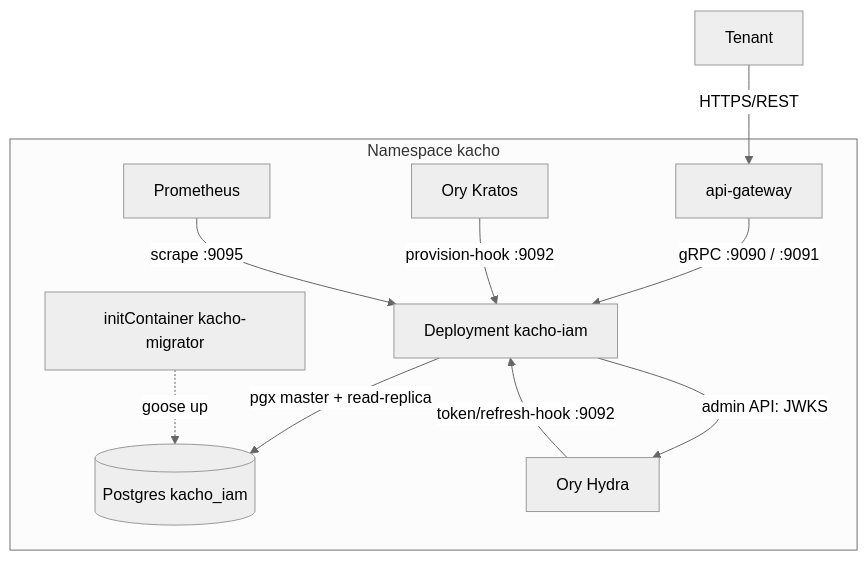
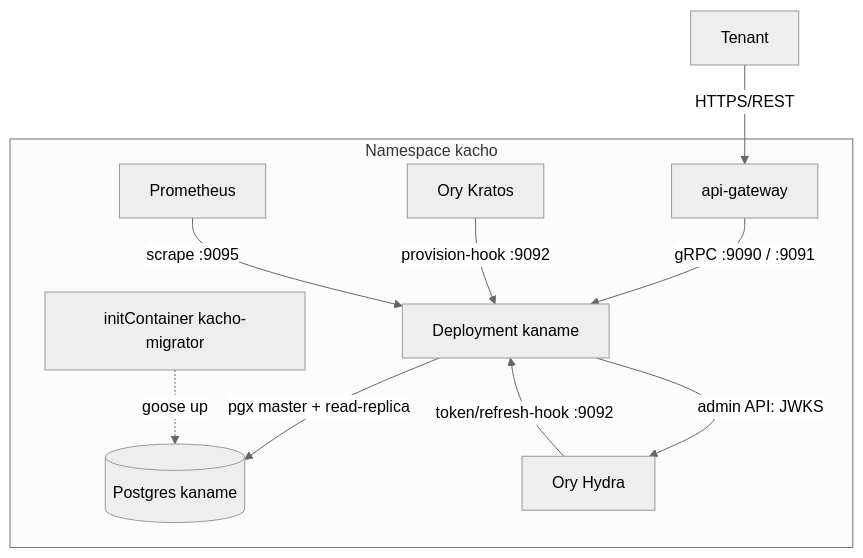
The first of 2 diagrams in docs/engineering/components/31-deployment.md (PRO-Robotech/kacho-iam), drawn with Mermaid (neutral theme) before and after one commit. The commit also changed other lines of this file and 3123 other files, not shown here.

````diff
--- a/docs/engineering/components/31-deployment.md
+++ b/docs/engineering/components/31-deployment.md
@@ -100,13 +100,13 @@
 ```mermaid
 flowchart TB
     Tenant -- HTTPS/REST --> APIGW[api-gateway]
     subgraph KachoNS[Namespace kacho]
-        APIGW -- gRPC :9090 / :9091 --> IAM[Deployment kacho-iam]
-        IAM -- pgx master + read-replica --> PG[(Postgres kacho_iam)]
+        APIGW -- gRPC :9090 / :9091 --> IAM[Deployment kaname]
+        IAM -- pgx master + read-replica --> PG[(Postgres kaname)]
         Kratos[Ory Kratos] -- provision-hook :9092 --> IAM
         Hydra[Ory Hydra] -- token/refresh-hook :9092 --> IAM
         IAM -- admin API: JWKS --> Hydra
         Migrate[initContainer kacho-migrator] -. goose up .-> PG
         Prom[Prometheus] -- scrape :9095 --> IAM
     end
 ```
````
